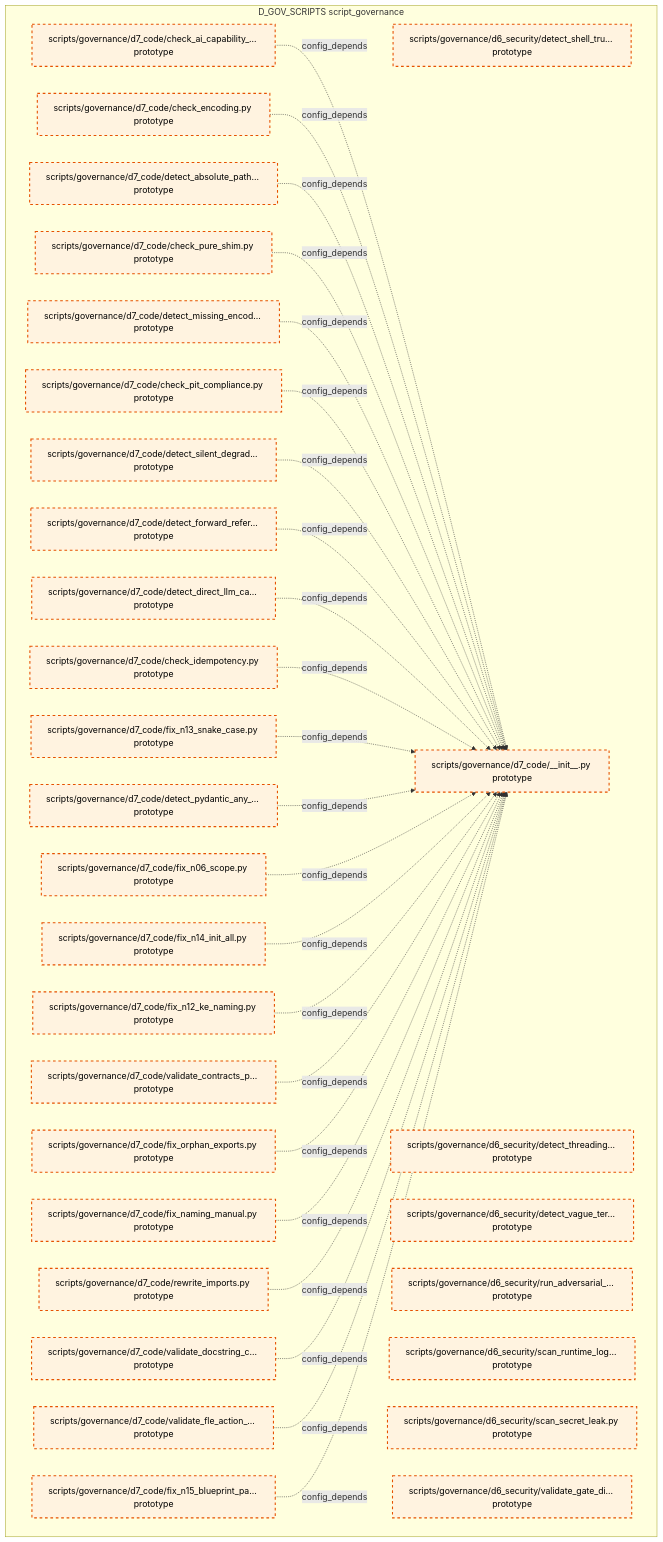
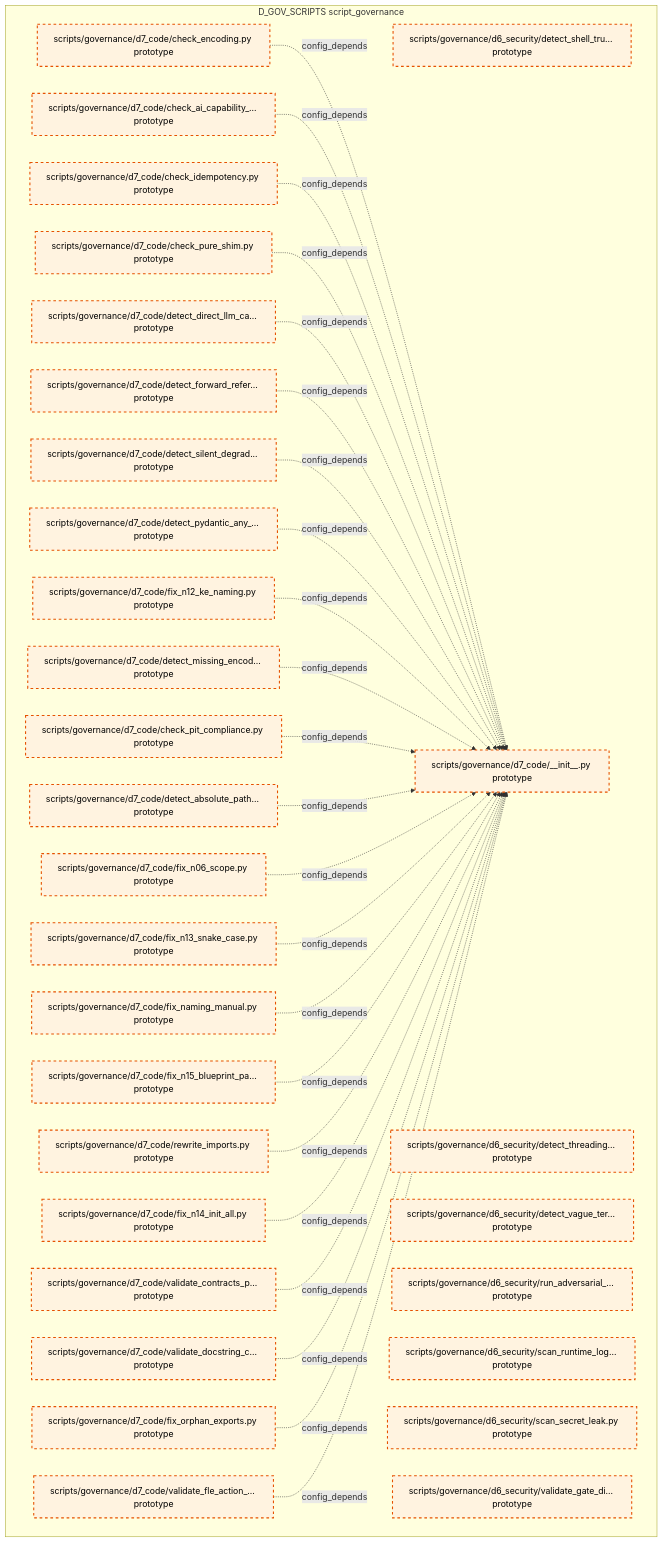
The tenth of 15 diagrams in docs/02_enterprise_architecture/02_domain_architecture_docs/36_d_gov_scripts.md (xuanFelixVan/ZephyrAlpha), drawn with Mermaid before and after one commit. The commit also changed other lines of this file and 99 other files, not shown here.

````diff
--- a/docs/02_enterprise_architecture/02_domain_architecture_docs/36_d_gov_scripts.md
+++ b/docs/02_enterprise_architecture/02_domain_architecture_docs/36_d_gov_scripts.md
@@ -690,62 +692,62 @@
 ```mermaid
 graph TD
     subgraph D_GOV_SCRIPTS["D_GOV_SCRIPTS script_governance"]
         scripts_governance_d6_security_detect_shell_true_py["scripts/governance/d6_security/detect_shell_tru... prototype"]
         scripts_governance_d6_security_detect_threading_lock_py["scripts/governance/d6_security/detect_threading... prototype"]
         scripts_governance_d6_security_detect_vague_terms_py["scripts/governance/d6_security/detect_vague_ter... prototype"]
         scripts_governance_d6_security_run_adversarial_checks_py["scripts/governance/d6_security/run_adversarial_... prototype"]
         scripts_governance_d6_security_scan_runtime_log_secrets_py["scripts/governance/d6_security/scan_runtime_log... prototype"]
         scripts_governance_d6_security_scan_secret_leak_py["scripts/governance/d6_security/scan_secret_leak.py prototype"]
         scripts_governance_d6_security_validate_gate_discipline_py["scripts/governance/d6_security/validate_gate_di... prototype"]
         scripts_governance_d7_code_init_py["scripts/governance/d7_code/__init__.py prototype"]
         scripts_governance_d7_code_check_ai_capability_boundary_py["scripts/governance/d7_code/check_ai_capability_... prototype"]
         scripts_governance_d7_code_check_encoding_py["scripts/governance/d7_code/check_encoding.py prototype"]
         scripts_governance_d7_code_check_idempotency_py["scripts/governance/d7_code/check_idempotency.py prototype"]
         scripts_governance_d7_code_check_pit_compliance_py["scripts/governance/d7_code/check_pit_compliance.py prototype"]
         scripts_governance_d7_code_check_pure_shim_py["scripts/governance/d7_code/check_pure_shim.py prototype"]
         scripts_governance_d7_code_detect_absolute_path_hardcoding_py["scripts/governance/d7_code/detect_absolute_path... prototype"]
         scripts_governance_d7_code_detect_direct_llm_calls_py["scripts/governance/d7_code/detect_direct_llm_ca... prototype"]
         scripts_governance_d7_code_detect_forward_reference_py["scripts/governance/d7_code/detect_forward_refer... prototype"]
         scripts_governance_d7_code_detect_missing_encoding_py["scripts/governance/d7_code/detect_missing_encod... prototype"]
         scripts_governance_d7_code_detect_pydantic_any_fields_py["scripts/governance/d7_code/detect_pydantic_any_... prototype"]
         scripts_governance_d7_code_detect_silent_degradation_py["scripts/governance/d7_code/detect_silent_degrad... prototype"]
         scripts_governance_d7_code_fix_n06_scope_py["scripts/governance/d7_code/fix_n06_scope.py prototype"]
         scripts_governance_d7_code_fix_n12_ke_naming_py["scripts/governance/d7_code/fix_n12_ke_naming.py prototype"]
         scripts_governance_d7_code_fix_n13_snake_case_py["scripts/governance/d7_code/fix_n13_snake_case.py prototype"]
         scripts_governance_d7_code_fix_n14_init_all_py["scripts/governance/d7_code/fix_n14_init_all.py prototype"]
         scripts_governance_d7_code_fix_n15_blueprint_path_py["scripts/governance/d7_code/fix_n15_blueprint_pa... prototype"]
         scripts_governance_d7_code_fix_naming_manual_py["scripts/governance/d7_code/fix_naming_manual.py prototype"]
         scripts_governance_d7_code_fix_orphan_exports_py["scripts/governance/d7_code/fix_orphan_exports.py prototype"]
         scripts_governance_d7_code_rewrite_imports_py["scripts/governance/d7_code/rewrite_imports.py prototype"]
         scripts_governance_d7_code_validate_contracts_purity_py["scripts/governance/d7_code/validate_contracts_p... prototype"]
         scripts_governance_d7_code_validate_docstring_coverage_py["scripts/governance/d7_code/validate_docstring_c... prototype"]
         scripts_governance_d7_code_validate_fle_action_metadata_py["scripts/governance/d7_code/validate_fle_action_... prototype"]
     end
+    scripts_governance_d7_code_check_encoding_py -.->|config_depends| scripts_governance_d7_code_init_py
     scripts_governance_d7_code_check_ai_capability_boundary_py -.->|config_depends| scripts_governance_d7_code_init_py
-    scripts_governance_d7_code_check_encoding_py -.->|config_depends| scripts_governance_d7_code_init_py
-    scripts_governance_d7_code_detect_absolute_path_hardcoding_py -.->|config_depends| scripts_governance_d7_code_init_py
+    scripts_governance_d7_code_check_idempotency_py -.->|config_depends| scripts_governance_d7_code_init_py
     scripts_governance_d7_code_check_pure_shim_py -.->|config_depends| scripts_governance_d7_code_init_py
+    scripts_governance_d7_code_detect_direct_llm_calls_py -.->|config_depends| scripts_governance_d7_code_init_py
+    scripts_governance_d7_code_detect_forward_reference_py -.->|config_depends| scripts_governance_d7_code_init_py
+    scripts_governance_d7_code_detect_silent_degradation_py -.->|config_depends| scripts_governance_d7_code_init_py
+    scripts_governance_d7_code_detect_pydantic_any_fields_py -.->|config_depends| scripts_governance_d7_code_init_py
+    scripts_governance_d7_code_fix_n12_ke_naming_py -.->|config_depends| scripts_governance_d7_code_init_py
     scripts_governance_d7_code_detect_missing_encoding_py -.->|config_depends| scripts_governance_d7_code_init_py
     scripts_governance_d7_code_check_pit_compliance_py -.->|config_depends| scripts_governance_d7_code_init_py
-    scripts_governance_d7_code_detect_silent_degradation_py -.->|config_depends| scripts_governance_d7_code_init_py
-    scripts_governance_d7_code_detect_forward_reference_py -.->|config_depends| scripts_governance_d7_code_init_py
-    scripts_governance_d7_code_detect_direct_llm_calls_py -.->|config_depends| scripts_governance_d7_code_init_py
-    scripts_governance_d7_code_check_idempotency_py -.->|config_depends| scripts_governance_d7_code_init_py
+    scripts_governance_d7_code_detect_absolute_path_hardcoding_py -.->|config_depends| scripts_governance_d7_code_init_py
+    scripts_governance_d7_code_fix_n06_scope_py -.->|config_depends| scripts_governance_d7_code_init_py
     scripts_governance_d7_code_fix_n13_snake_case_py -.->|config_depends| scripts_governance_d7_code_init_py
-    scripts_governance_d7_code_detect_pydantic_any_fields_py -.->|config_depends| scripts_governance_d7_code_init_py
-    scripts_governance_d7_code_fix_n06_scope_py -.->|config_depends| scripts_governance_d7_code_init_py
+    scripts_governance_d7_code_fix_naming_manual_py -.->|config_depends| scripts_governance_d7_code_init_py
+    scripts_governance_d7_code_fix_n15_blueprint_path_py -.->|config_depends| scripts_governance_d7_code_init_py
+    scripts_governance_d7_code_rewrite_imports_py -.->|config_depends| scripts_governance_d7_code_init_py
     scripts_governance_d7_code_fix_n14_init_all_py -.->|config_depends| scripts_governance_d7_code_init_py
-    scripts_governance_d7_code_fix_n12_ke_naming_py -.->|config_depends| scripts_governance_d7_code_init_py
     scripts_governance_d7_code_validate_contracts_purity_py -.->|config_depends| scripts_governance_d7_code_init_py
+    scripts_governance_d7_code_validate_docstring_coverage_py -.->|config_depends| scripts_governance_d7_code_init_py
     scripts_governance_d7_code_fix_orphan_exports_py -.->|config_depends| scripts_governance_d7_code_init_py
-    scripts_governance_d7_code_fix_naming_manual_py -.->|config_depends| scripts_governance_d7_code_init_py
-    scripts_governance_d7_code_rewrite_imports_py -.->|config_depends| scripts_governance_d7_code_init_py
-    scripts_governance_d7_code_validate_docstring_coverage_py -.->|config_depends| scripts_governance_d7_code_init_py
     scripts_governance_d7_code_validate_fle_action_metadata_py -.->|config_depends| scripts_governance_d7_code_init_py
-    scripts_governance_d7_code_fix_n15_blueprint_path_py -.->|config_depends| scripts_governance_d7_code_init_py
     classDef production fill:#e1f5fe,stroke:#01579b,stroke-width:2px,color:#000
     classDef design fill:#fff3e0,stroke:#e65100,stroke-width:2px,color:#000,stroke-dasharray: 5 5
     classDef external_prod fill:#e8f5e9,stroke:#1b5e20,stroke-width:1px,color:#000
     classDef external_design fill:#fce4ec,stroke:#880e4f,stroke-width:1px,color:#000,stroke-dasharray: 5 5
     class scripts_governance_d6_security_detect_shell_true_py,scripts_governance_d6_security_detect_threading_lock_py,scripts_governance_d6_security_detect_vague_terms_py,scripts_governance_d6_security_run_adversarial_checks_py,scripts_governance_d6_security_scan_runtime_log_secrets_py,scripts_governance_d6_security_scan_secret_leak_py,scripts_governance_d6_security_validate_gate_discipline_py,scripts_governance_d7_code_init_py,scripts_governance_d7_code_check_ai_capability_boundary_py,scripts_governance_d7_code_check_encoding_py,scripts_governance_d7_code_check_idempotency_py,scripts_governance_d7_code_check_pit_compliance_py,scripts_governance_d7_code_check_pure_shim_py,scripts_governance_d7_code_detect_absolute_path_hardcoding_py,scripts_governance_d7_code_detect_direct_llm_calls_py,scripts_governance_d7_code_detect_forward_reference_py,scripts_governance_d7_code_detect_missing_encoding_py,scripts_governance_d7_code_detect_pydantic_any_fields_py,scripts_governance_d7_code_detect_silent_degradation_py,scripts_governance_d7_code_fix_n06_scope_py,scripts_governance_d7_code_fix_n12_ke_naming_py,scripts_governance_d7_code_fix_n13_snake_case_py,scripts_governance_d7_code_fix_n14_init_all_py,scripts_governance_d7_code_fix_n15_blueprint_path_py,scripts_governance_d7_code_fix_naming_manual_py,scripts_governance_d7_code_fix_orphan_exports_py,scripts_governance_d7_code_rewrite_imports_py,scripts_governance_d7_code_validate_contracts_purity_py,scripts_governance_d7_code_validate_docstring_coverage_py,scripts_governance_d7_code_validate_fle_action_metadata_py design
 ```
````
